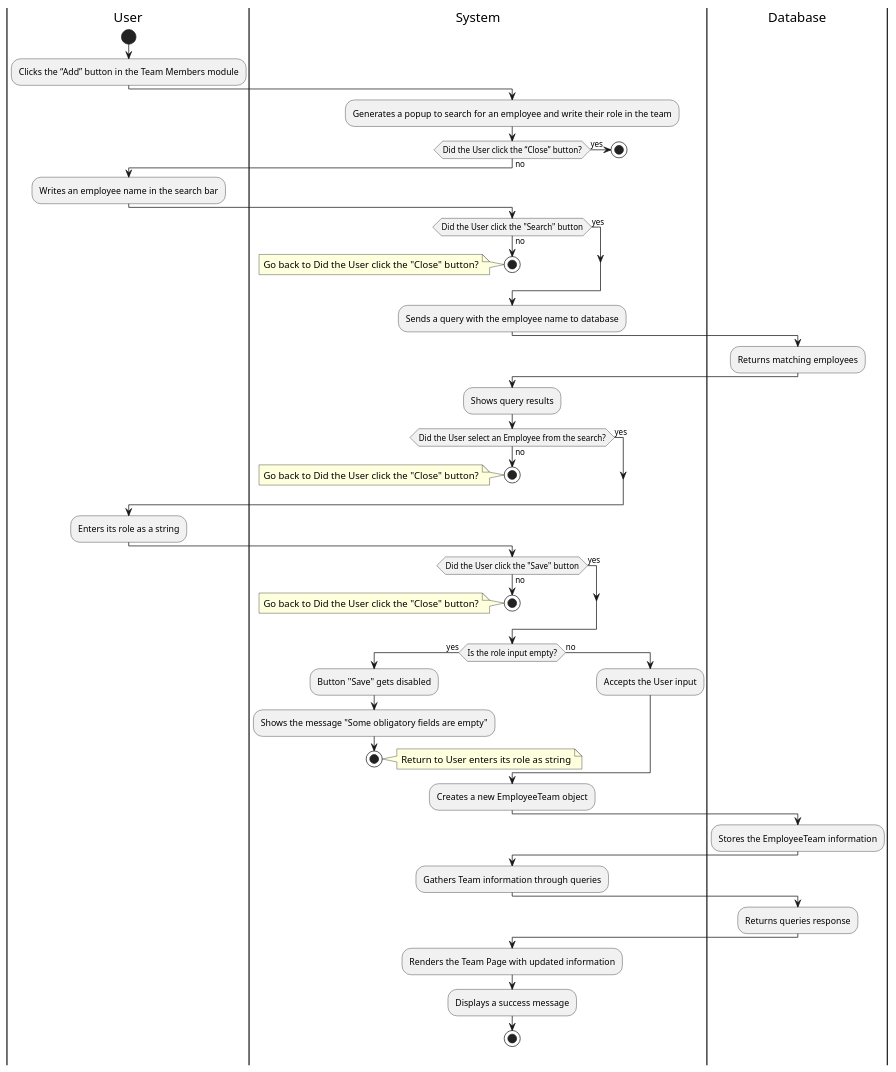
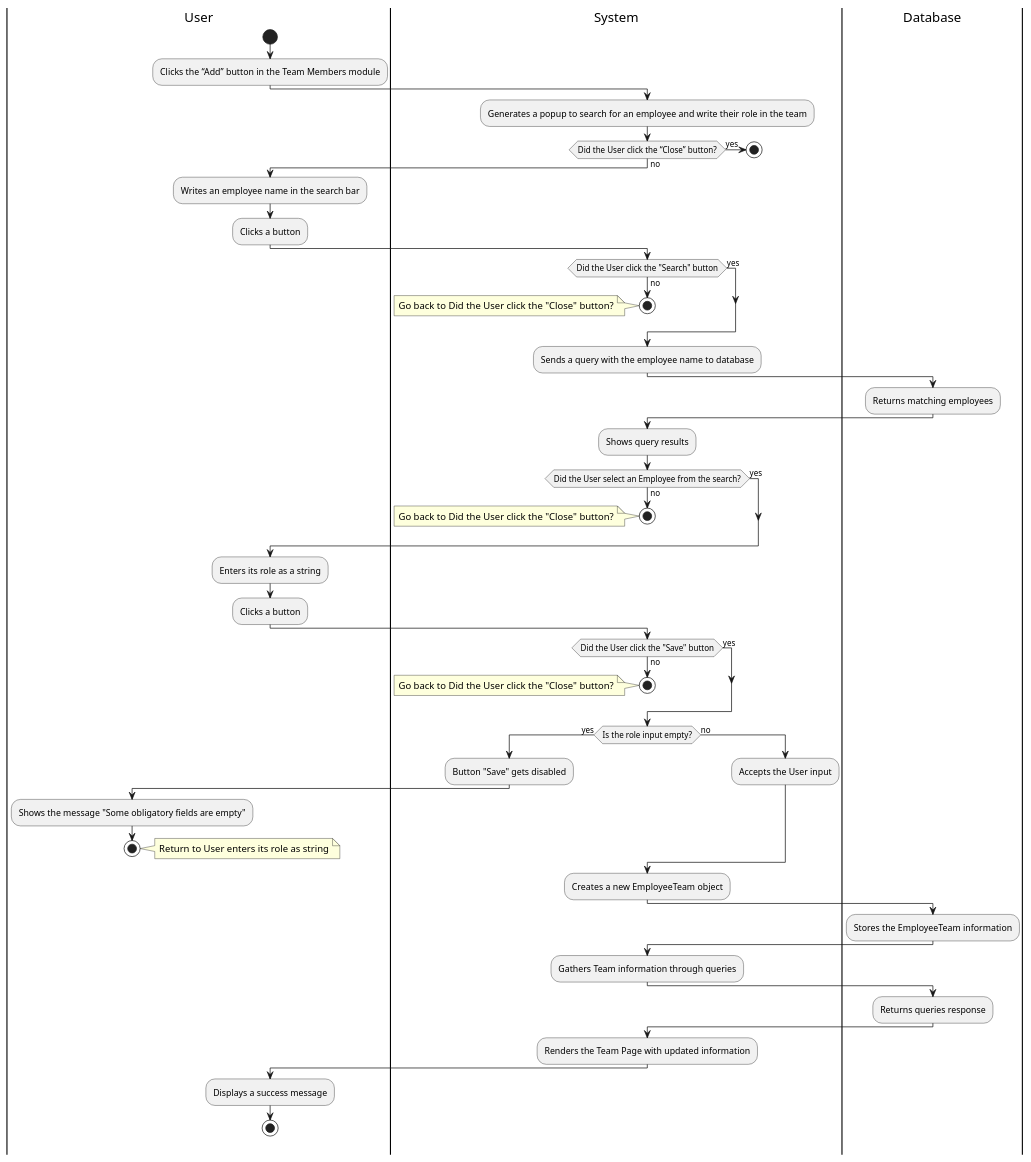
The diagram in documentation/activity_diagrams/TEAM-06-02-ActivityDiagram.puml (Berthou05/LimboSoftwareDevelopment_Change.org), drawn with PlantUML before and after one commit. The commit also changed 14 other files, not shown here.

Commit message:
[DOCS]: Correction of Activity Diagrams. Addition of ADMIN-03, EMP-02, PROJ-11. Naming modifications of ADMIN-04, ADMIN-05 and ADMIN-06.

```diff
--- a/documentation/activity_diagrams/TEAM-06-02-ActivityDiagram.puml
+++ b/documentation/activity_diagrams/TEAM-06-02-ActivityDiagram.puml
@@ -1,82 +1,86 @@
 @startuml
 |User|
 start
 :Clicks the “Add” button in the Team Members module;
 |System|
 :Generates a popup to search for an employee and write their role in the team;
 
 if(Did the User click the “Close” button?) is (yes) then
     stop
 else(no)
 |User|
 :Writes an employee name in the search bar;
+:Clicks a button;
 |System|
 if(Did the User click the "Search" button) is(yes) then
 
 else(no)
     stop
     note left
         Go back to Did the User click the "Close" button?
     end note
 end if
 
 
 |System|
 :Sends a query with the employee name to database;
 |Database|
 :Returns matching employees;
 |System|
 :Shows query results;
 
 if(Did the User select an Employee from the search?) is (no) then
     |System|
     stop
     note left
     Go back to Did the User click the "Close" button?
     end note
     
 else(yes)
     
 
 end if
 |User|
 :Enters its role as a string;
+:Clicks a button;
 |System|
 if(Did the User click the "Save" button) is(yes) then
 
 else(no)
     stop
     note left
         Go back to Did the User click the "Close" button?
     end note
 end if
     |System|
     if(Is the role input empty?) is (yes) then
     |System|
     :Button "Save" gets disabled;
+    |User|
     :Shows the message "Some obligatory fields are empty";
     stop
     note right
         Return to User enters its role as string
     end note
     
 
     else(no)
     |System|
     :Accepts the User input;
     end if
 
 |System|
 :Creates a new EmployeeTeam object;
 |Database|
 :Stores the EmployeeTeam information;
 |System|
 :Gathers Team information through queries;
 |Database|
 :Returns queries response;
 |System|
 :Renders the Team Page with updated information;
+|User|
 :Displays a success message;
 
 stop
 @enduml
```
